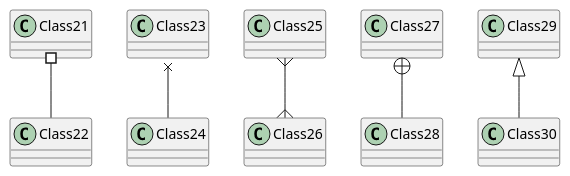
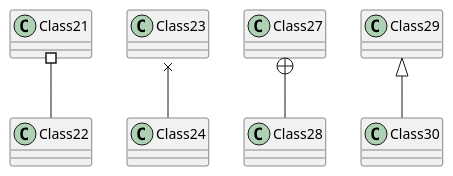
Before and after one commit to Tomas124589/pyplaml: the diagram in examples/04_relations_extra.puml, drawn with PlantUML. The commit also changed 6 other files, not shown here.

```diff
--- a/examples/04_relations_extra.puml
+++ b/examples/04_relations_extra.puml
@@ -1,7 +1,7 @@
 @startuml "Relations extra"
 Class21 #-- Class22
 Class23 x-- Class24
-Class25 }--{ Class26
+'Class25 }--{ Class26
 Class27 +-- Class28
 Class29 ^-- Class30
 @enduml
```
